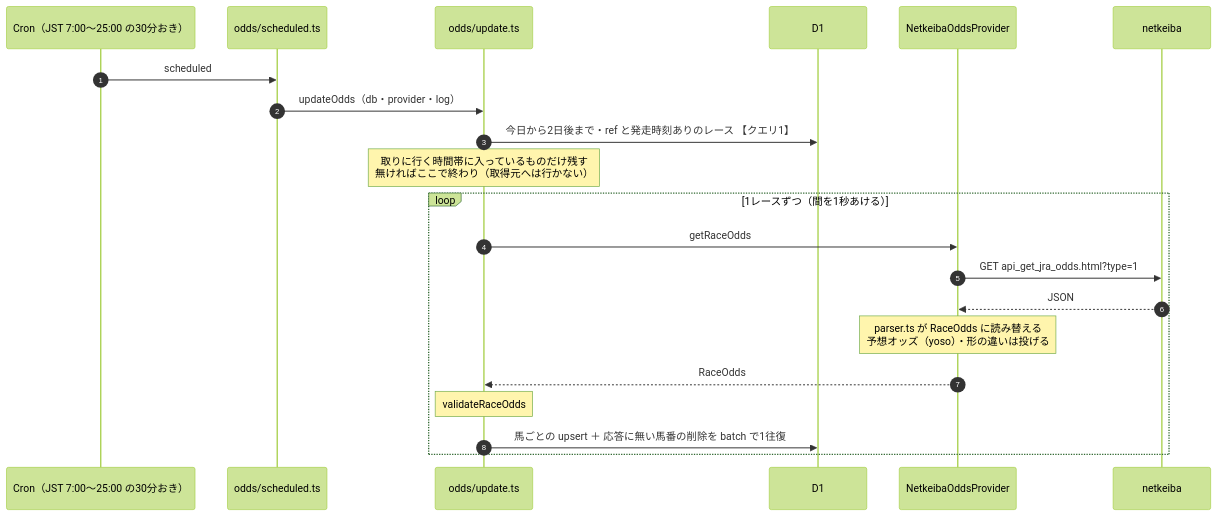
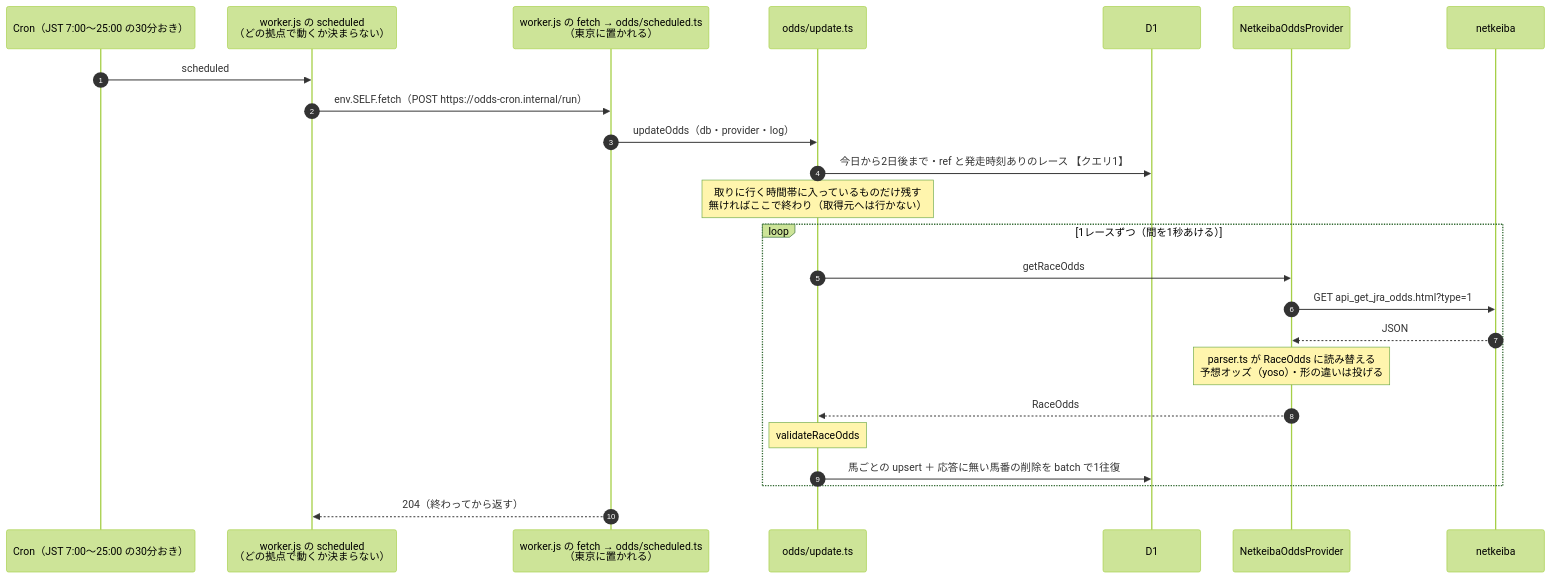
The seventh of 11 diagrams in docs/architecture.md (Atoyr/keiba-note), drawn with Mermaid (forest theme) before and after one commit. The commit also changed other lines of this file and 5 other files, not shown here.

````diff
--- a/docs/architecture.md
+++ b/docs/architecture.md
@@ -486,24 +488,27 @@
 ```mermaid
 sequenceDiagram
     autonumber
     participant C as Cron（JST 7:00〜25:00 の30分おき）
-    participant S as odds/scheduled.ts
+    participant R as worker.js の scheduled<br/>（どの拠点で動くか決まらない）
+    participant S as worker.js の fetch → odds/scheduled.ts<br/>（東京に置かれる）
     participant U as odds/update.ts
     participant D as D1
     participant P as NetkeibaOddsProvider
     participant N as netkeiba
 
-    C->>S: scheduled
+    C->>R: scheduled
+    R->>S: env.SELF.fetch（POST https://odds-cron.internal/run）
     S->>U: updateOdds（db・provider・log）
     U->>D: 今日から2日後まで・ref と発走時刻ありのレース 【クエリ1】
     Note over U: 取りに行く時間帯に入っているものだけ残す<br/>無ければここで終わり（取得元へは行かない）
     loop 1レースずつ（間を1秒あける）
         U->>P: getRaceOdds
         P->>N: GET api_get_jra_odds.html?type=1
         N-->>P: JSON
         Note over P: parser.ts が RaceOdds に読み替える<br/>予想オッズ（yoso）・形の違いは投げる
         P-->>U: RaceOdds
         Note over U: validateRaceOdds
         U->>D: 馬ごとの upsert ＋ 応答に無い馬番の削除を batch で1往復
     end
+    S-->>R: 204（終わってから返す）
 ```
````
